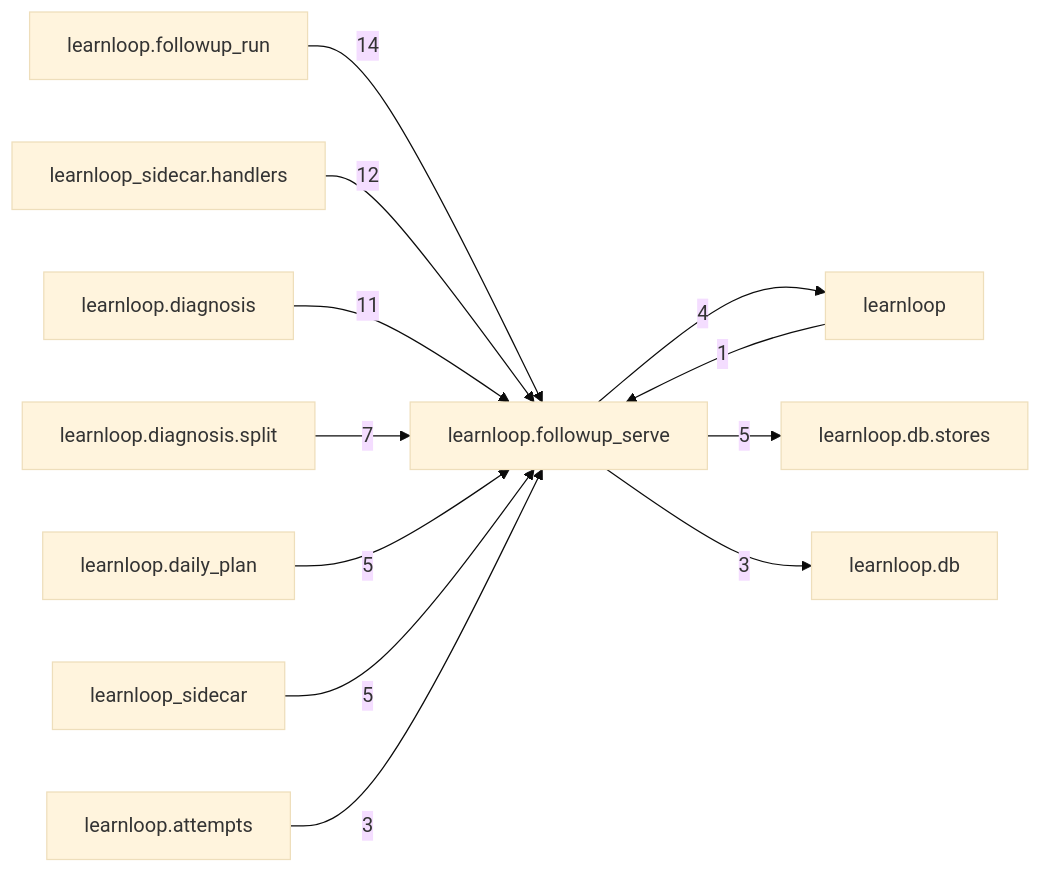
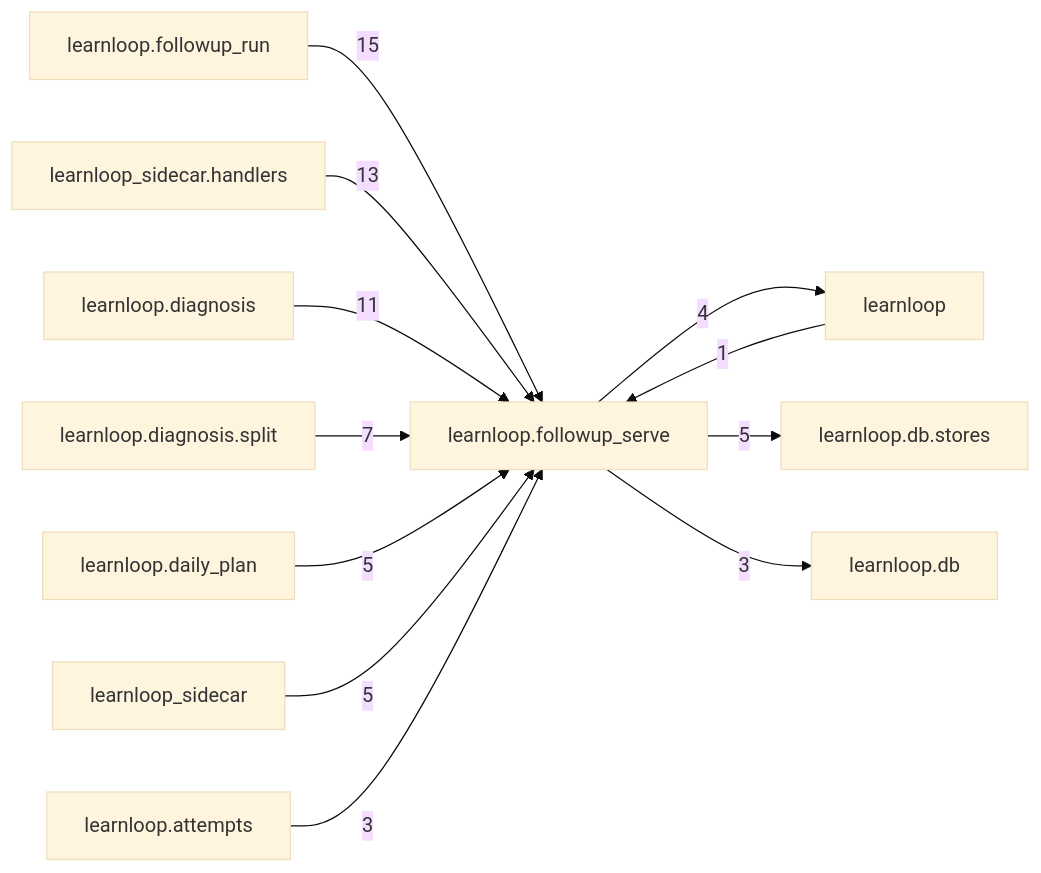
Before and after one commit to 6up-b/learnanything: the diagram in docs/learnloop-architecture-vault/Reference/Modules/learnloop/followup_serve/_package.md, drawn with Mermaid (base theme). The commit also changed other lines of this file and 467 other files, not shown here.

````diff
--- a/docs/learnloop-architecture-vault/Reference/Modules/learnloop/followup_serve/_package.md
+++ b/docs/learnloop-architecture-vault/Reference/Modules/learnloop/followup_serve/_package.md
@@ -87,25 +87,25 @@
 ```mermaid
 flowchart LR
     center["learnloop.followup_serve"]
     n_learnloop_followup_run["learnloop.followup_run"]
     n_learnloop_sidecar_handlers["learnloop_sidecar.handlers"]
     n_learnloop_diagnosis["learnloop.diagnosis"]
     n_learnloop_diagnosis_split["learnloop.diagnosis.split"]
     n_learnloop["learnloop"]
     n_learnloop_daily_plan["learnloop.daily_plan"]
     n_learnloop_db_stores["learnloop.db.stores"]
     n_learnloop_sidecar["learnloop_sidecar"]
     n_learnloop_attempts["learnloop.attempts"]
     n_learnloop_db["learnloop.db"]
-    n_learnloop_followup_run -->|14| center
-    n_learnloop_sidecar_handlers -->|12| center
+    n_learnloop_followup_run -->|15| center
+    n_learnloop_sidecar_handlers -->|13| center
     n_learnloop_diagnosis -->|11| center
     n_learnloop_diagnosis_split -->|7| center
     n_learnloop -->|1| center
     center -->|4| n_learnloop
     n_learnloop_daily_plan -->|5| center
     center -->|5| n_learnloop_db_stores
     n_learnloop_sidecar -->|5| center
     n_learnloop_attempts -->|3| center
     center -->|3| n_learnloop_db
 ```
````
